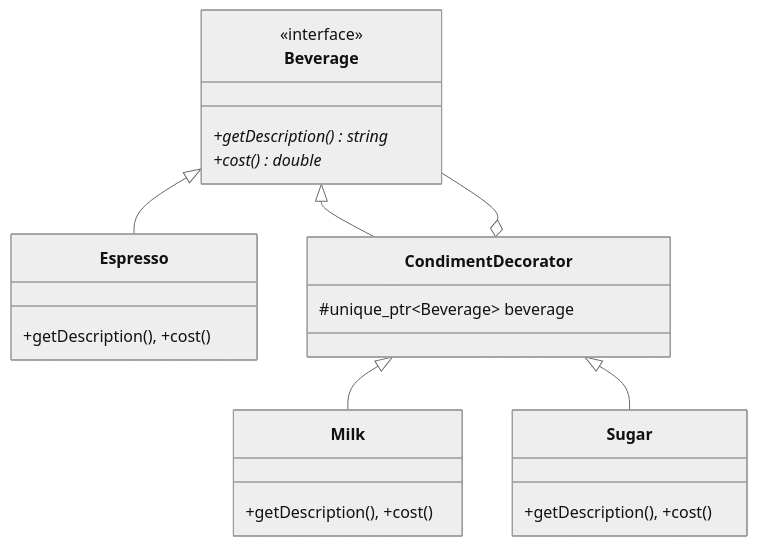
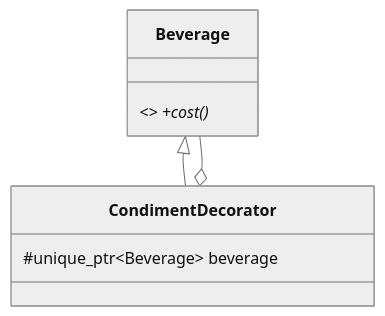
Diagram 12 of 22 in readme.md (divyap271/systemDesign), drawn with Mermaid (neutral theme) before and after one commit. The commit also changed other lines of this file, not shown here.

````diff
--- a/readme.md
+++ b/readme.md
@@ -249,20 +173,7 @@
 ```mermaid
 classDiagram
-    class Beverage {
-        <<interface>>
-        +getDescription()* string
-        +cost()* double
-    }
-    class Espresso { +getDescription(), +cost() }
-    class CondimentDecorator {
-        #unique_ptr~Beverage~ beverage
-    }
-    class Milk { +getDescription(), +cost() }
-    class Sugar { +getDescription(), +cost() }
-
-    Beverage <|-- Espresso
+    class Beverage { <<interface>> +cost()* }
+    class CondimentDecorator { #unique_ptr~Beverage~ beverage }
     Beverage <|-- CondimentDecorator
-    CondimentDecorator <|-- Milk
-    CondimentDecorator <|-- Sugar
     CondimentDecorator o-- Beverage
 ```
````
